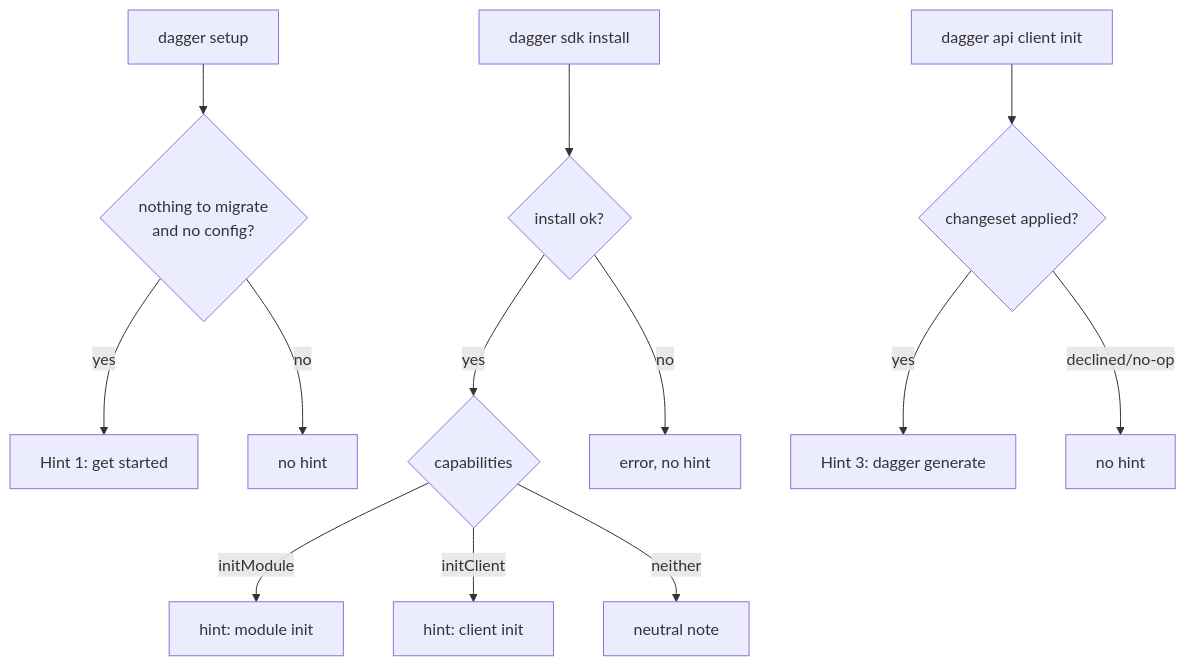
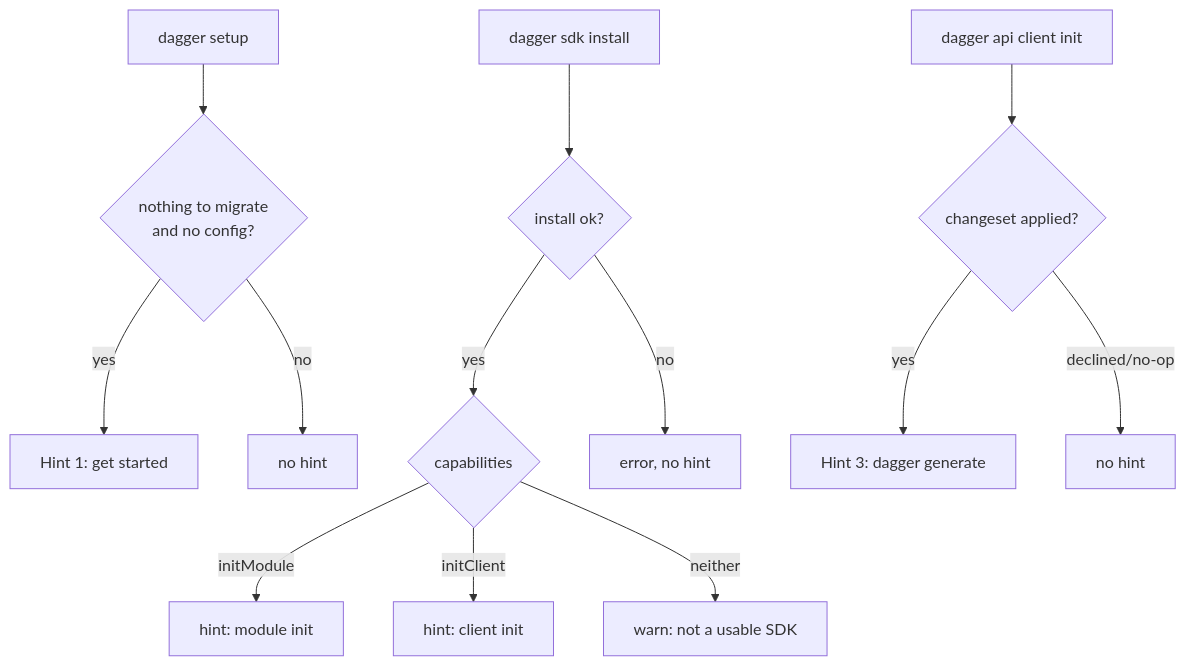
One commit to dagger/dagger changed the second of 2 diagrams in hack/designs/command-hints.md. Above: the diagram before and after it, drawn with Mermaid. The commit also changed other lines of this file, not shown here.

First line of the commit message:
docs: warn instead of neutral note when installed SDK authors nothing

````diff
--- a/hack/designs/command-hints.md
+++ b/hack/designs/command-hints.md
@@ -232,17 +251,17 @@
 ```mermaid
 flowchart TD
     A[dagger setup] --> B{nothing to migrate<br/>and no config?}
     B -- yes --> H1[Hint 1: get started]
     B -- no --> N1[no hint]
 
     C[dagger sdk install] --> D{install ok?}
     D -- yes --> E{capabilities}
     E -- initModule --> H2a[hint: module init]
     E -- initClient --> H2b[hint: client init]
-    E -- neither --> H2c[neutral note]
+    E -- neither --> H2c[warn: not a usable SDK]
     D -- no --> N2[error, no hint]
 
     F[dagger api client init] --> G{changeset applied?}
     G -- yes --> H3[Hint 3: dagger generate]
     G -- declined/no-op --> N3[no hint]
 ```
````
